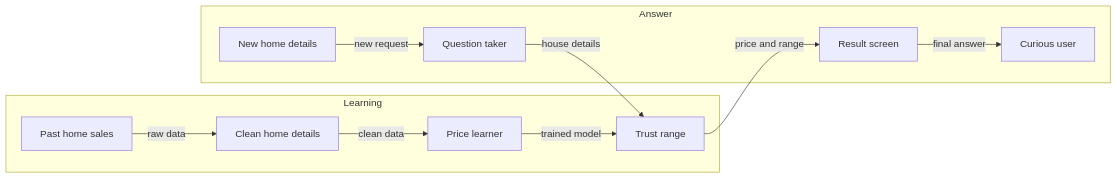
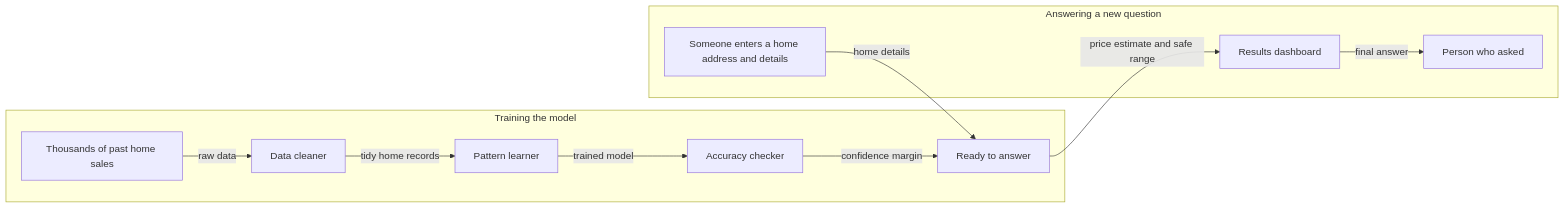
Before and after one commit to Shy4n7/KnownUnknowns: the diagram in README.md, drawn with Mermaid. The commit also changed other lines of this file, not shown here.

Commit message:
docs: rewrite System Architecture section with plain-English diagram and table

````diff
--- a/README.md
+++ b/README.md
@@ -55,15 +55,15 @@
 ```mermaid
 graph LR
-  subgraph Learning
-    A[Past home sales] -->|raw data| B[Clean home details]
-    B -->|clean data| C[Price learner]
-    C -->|trained model| D[Trust range]
+  subgraph Training the model
+    A[Thousands of past home sales] -->|raw data| B[Data cleaner]
+    B -->|tidy home records| C[Pattern learner]
+    C -->|trained model| D[Accuracy checker]
+    D -->|confidence margin| E[Ready to answer]
   end
 
-  subgraph Answer
-    E[New home details] -->|new request| F[Question taker]
-    F -->|house details| D
-    D -->|price and range| G[Result screen]
-    G -->|final answer| H[Curious user]
+  subgraph Answering a new question
+    F[Someone enters a home address and details] -->|home details| E
+    E -->|price estimate and safe range| G[Results dashboard]
+    G -->|final answer| H[Person who asked]
   end
 ```
````
